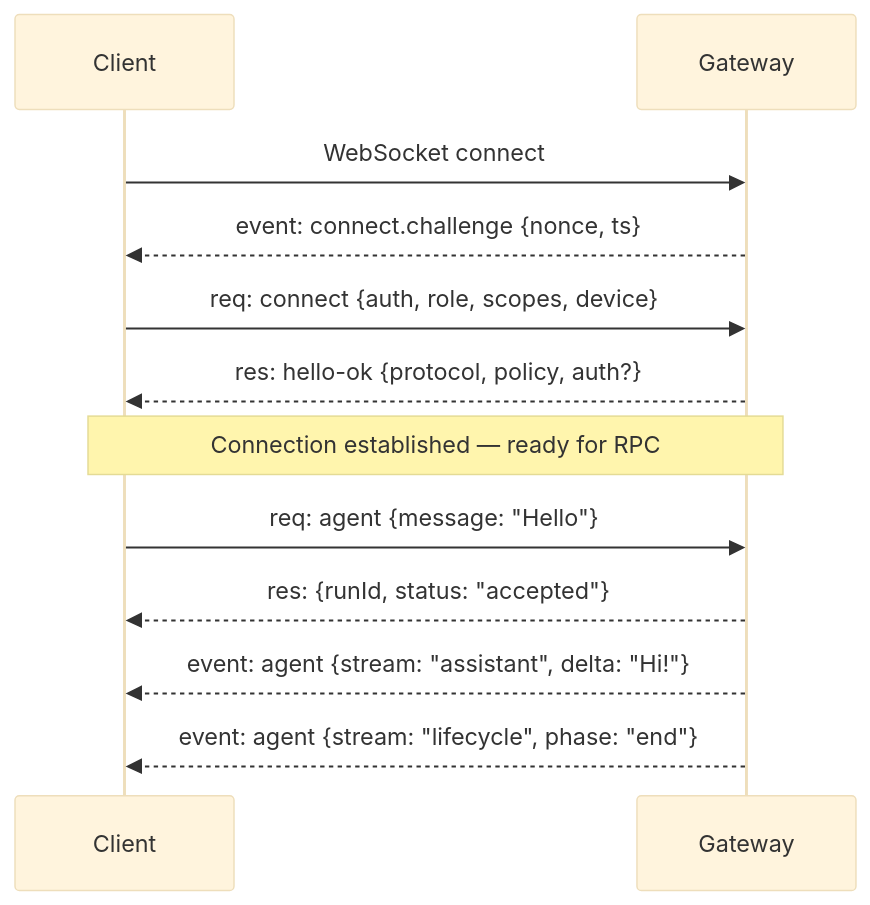
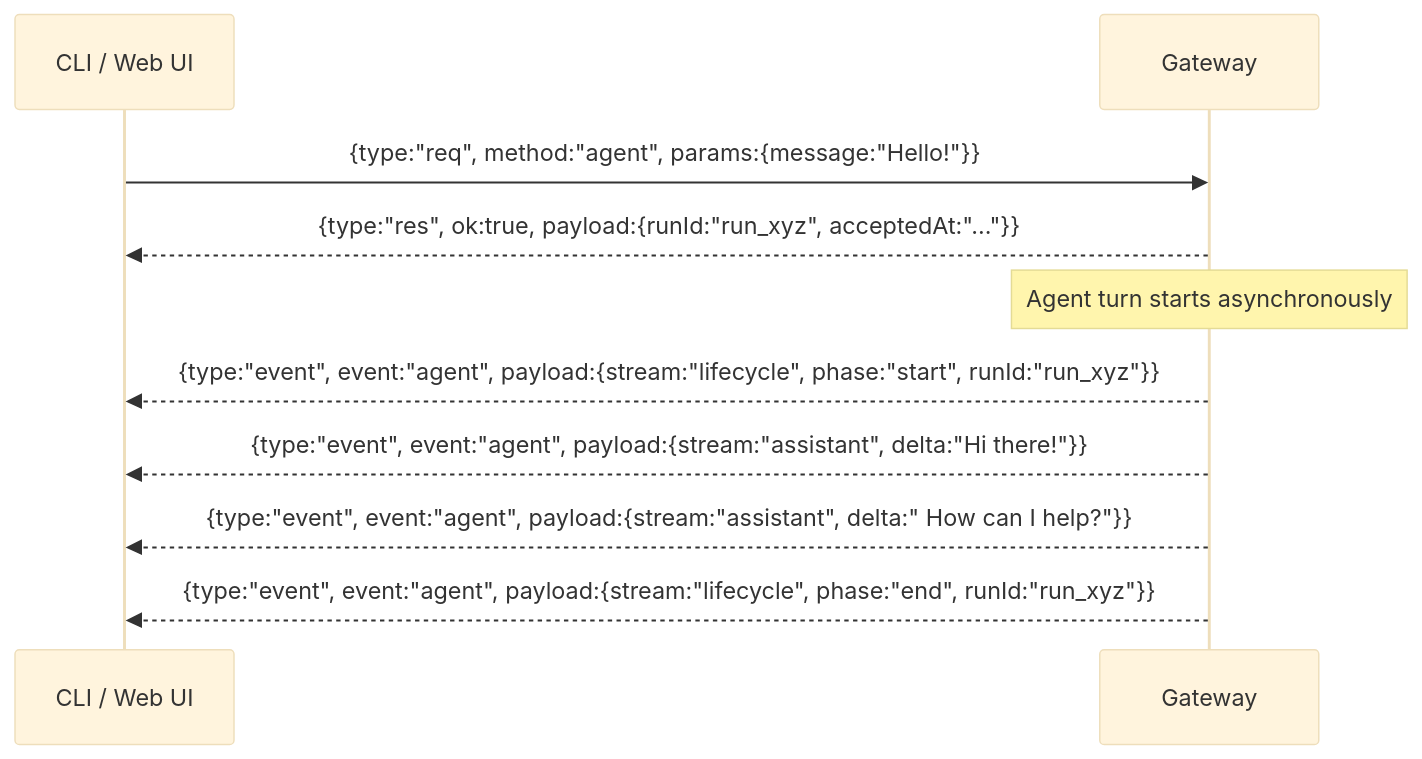
One commit to reddinft/openclaw-academy changed the diagram in course/module-02-gateway/02-websocket-protocol.md. Above: the diagram before and after it, drawn with Mermaid (base theme). The commit also changed other lines of this file and 45 other files, not shown here.

````diff
--- a/course/module-02-gateway/02-websocket-protocol.md
+++ b/course/module-02-gateway/02-websocket-protocol.md
@@ -123,17 +142,15 @@
 ```mermaid
 sequenceDiagram
-    participant C as Client
-    participant G as Gateway
+    participant C as CLI / Web UI
+    participant GW as Gateway
 
-    C->>G: WebSocket connect
-    G-->>C: event: connect.challenge {nonce, ts}
-    C->>G: req: connect {auth, role, scopes, device}
-    G-->>C: res: hello-ok {protocol, policy, auth?}
+    C->>GW: {type:"req", method:"agent", params:{message:"Hello!"}}
+    GW-->>C: {type:"res", ok:true, payload:{runId:"run_xyz", acceptedAt:"..."}}
 
-    Note over C,G: Connection established — ready for RPC
+    Note over GW: Agent turn starts asynchronously
 
-    C->>G: req: agent {message: "Hello"}
-    G-->>C: res: {runId, status: "accepted"}
-    G-->>C: event: agent {stream: "assistant", delta: "Hi!"}
-    G-->>C: event: agent {stream: "lifecycle", phase: "end"}
+    GW-->>C: {type:"event", event:"agent", payload:{stream:"lifecycle", phase:"start", runId:"run_xyz"}}
+    GW-->>C: {type:"event", event:"agent", payload:{stream:"assistant", delta:"Hi there!"}}
+    GW-->>C: {type:"event", event:"agent", payload:{stream:"assistant", delta:" How can I help?"}}
+    GW-->>C: {type:"event", event:"agent", payload:{stream:"lifecycle", phase:"end", runId:"run_xyz"}}
 ```
````
